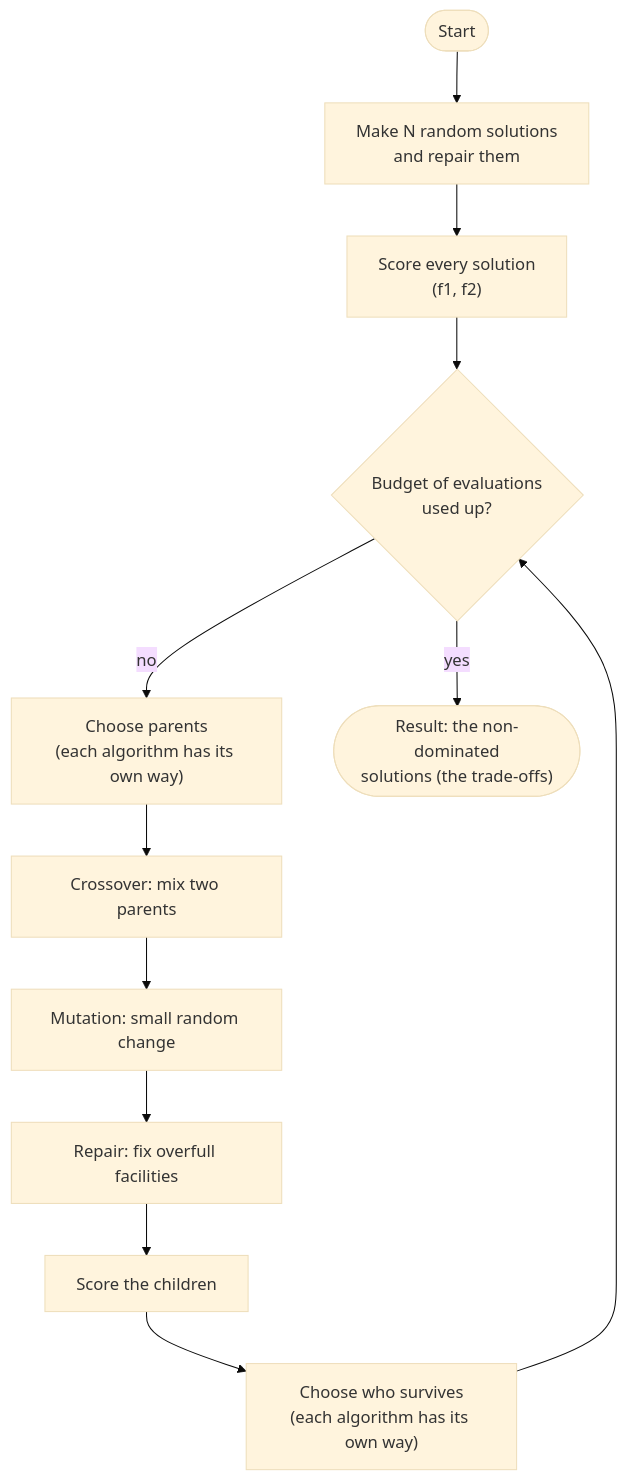
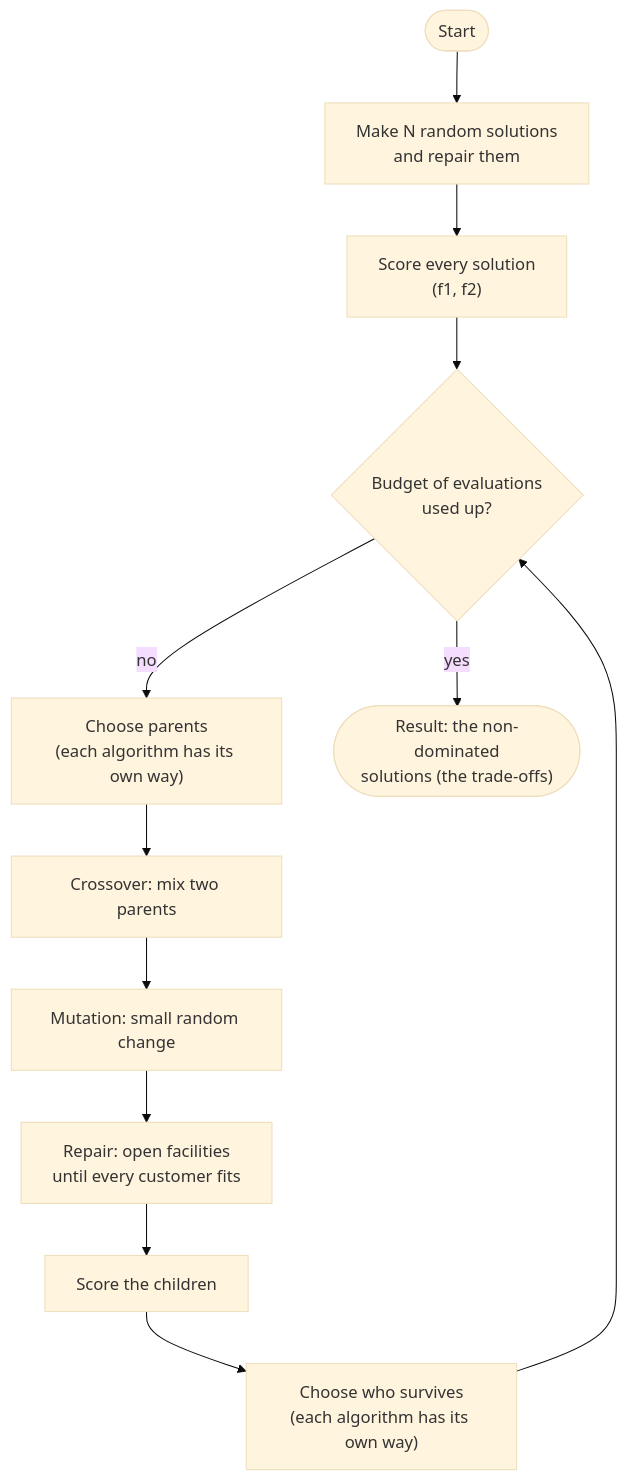
The first of 4 diagrams in app/README.md (Mughil97/acit-4610-ma-2-group-7), drawn with Mermaid (base theme) before and after one commit. The commit also changed other lines of this file, not shown here.

````diff
--- a/app/README.md
+++ b/app/README.md
@@ -95,14 +96,14 @@
 ```mermaid
 flowchart TD
     start(["Start"]) --> init["Make N random solutions<br/>and repair them"]
     init --> score["Score every solution<br/>(f1, f2)"]
     score --> check{"Budget of evaluations<br/>used up?"}
     check -- "no" --> select["Choose parents<br/>(each algorithm has its own way)"]
     select --> cross["Crossover: mix two parents"]
     cross --> mutate["Mutation: small random change"]
-    mutate --> fix["Repair: fix overfull facilities"]
+    mutate --> fix["Repair: open facilities<br/>until every customer fits"]
     fix --> score2["Score the children"]
     score2 --> replace["Choose who survives<br/>(each algorithm has its own way)"]
     replace --> check
     check -- "yes" --> result(["Result: the non-dominated<br/>solutions (the trade-offs)"])
 ```
````
